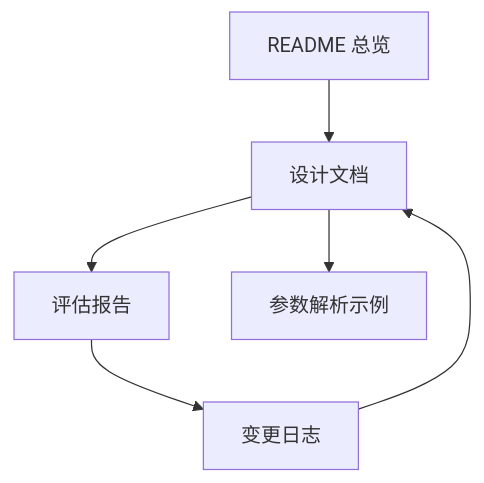
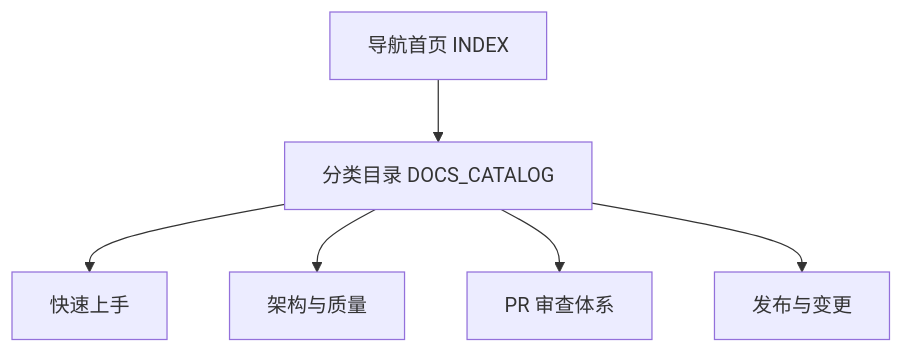
The diagram in docs/INDEX.md (pubgo/redant), drawn with Mermaid before and after one commit. The commit also changed other lines of this file and 76 other files, not shown here.

````diff
--- a/docs/INDEX.md
+++ b/docs/INDEX.md
@@ -7,8 +7,8 @@
 ```mermaid
 flowchart TD
-    A[README 总览] --> B[设计文档]
-    B --> C[评估报告]
-    C --> D[变更日志]
-    B --> E[参数解析示例]
-    D --> B
+    A[导航首页 INDEX] --> B[分类目录 DOCS_CATALOG]
+    B --> C[快速上手]
+    B --> D[架构与质量]
+    B --> E[PR 审查体系]
+    B --> F[发布与变更]
 ```
````
